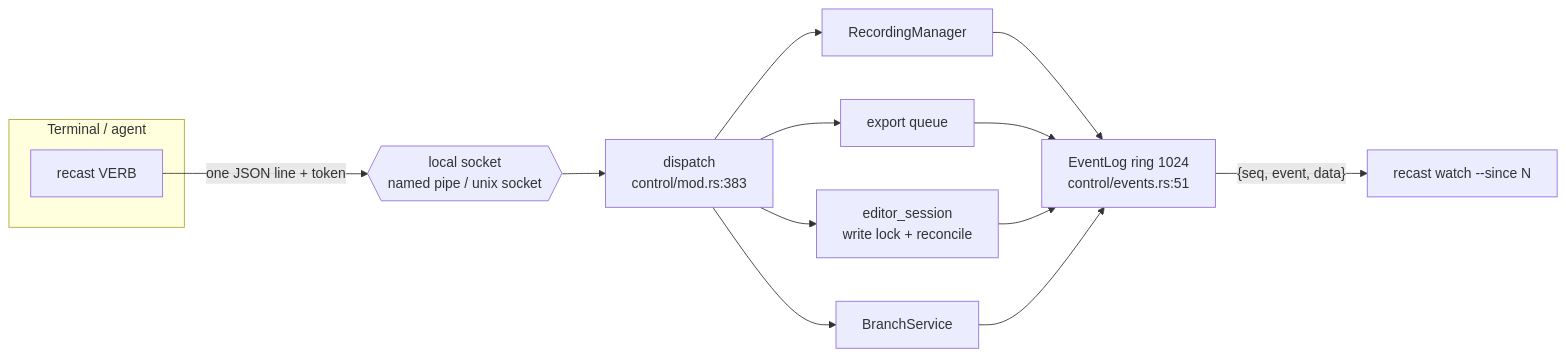
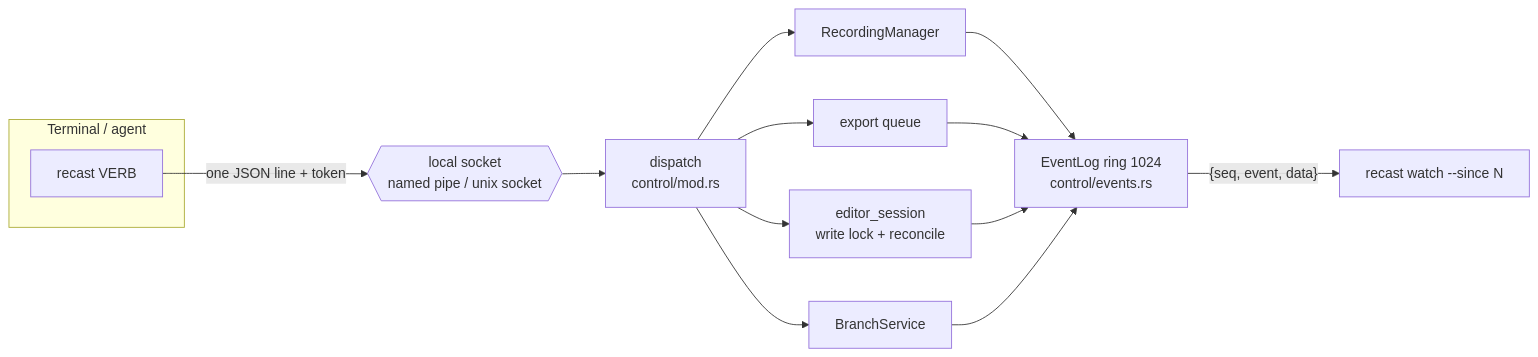
Before and after one commit to kanakkholwal/recast: the diagram in apps/web/content/architecture/cli-control-socket.md, drawn with Mermaid. The commit also changed other lines of this file and 10 other files, not shown here.

````diff
--- a/apps/web/content/architecture/cli-control-socket.md
+++ b/apps/web/content/architecture/cli-control-socket.md
@@ -50,20 +50,20 @@
 ```mermaid
 flowchart LR
   subgraph term["Terminal / agent"]
     cli["recast VERB"]
   end
 
   cli -->|"one JSON line + token"| sock{{"local socket<br/>named pipe / unix socket"}}
-  sock --> disp["dispatch<br/>control/mod.rs:383"]
+  sock --> disp["dispatch<br/>control/mod.rs"]
 
   disp --> session["editor_session<br/>write lock + reconcile"]
   disp --> branches["BranchService"]
   disp --> rec["RecordingManager"]
   disp --> exp["export queue"]
 
-  log["EventLog ring 1024<br/>control/events.rs:51"] -->|"{seq, event, data}"| watch["recast watch --since N"]
+  log["EventLog ring 1024<br/>control/events.rs"] -->|"{seq, event, data}"| watch["recast watch --since N"]
   rec --> log
   exp --> log
   session --> log
   branches --> log
 ```
````
